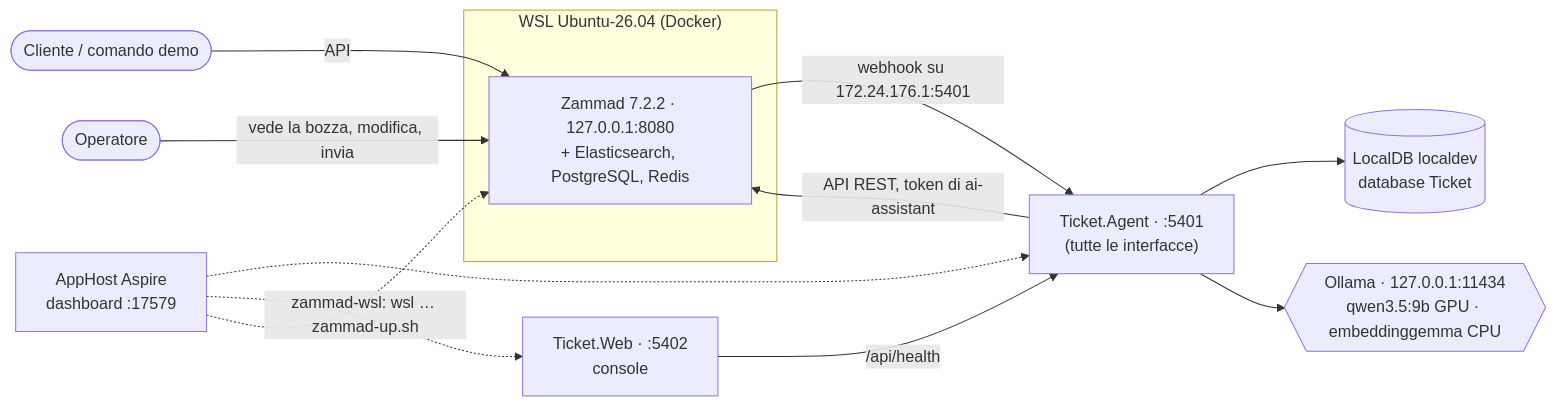
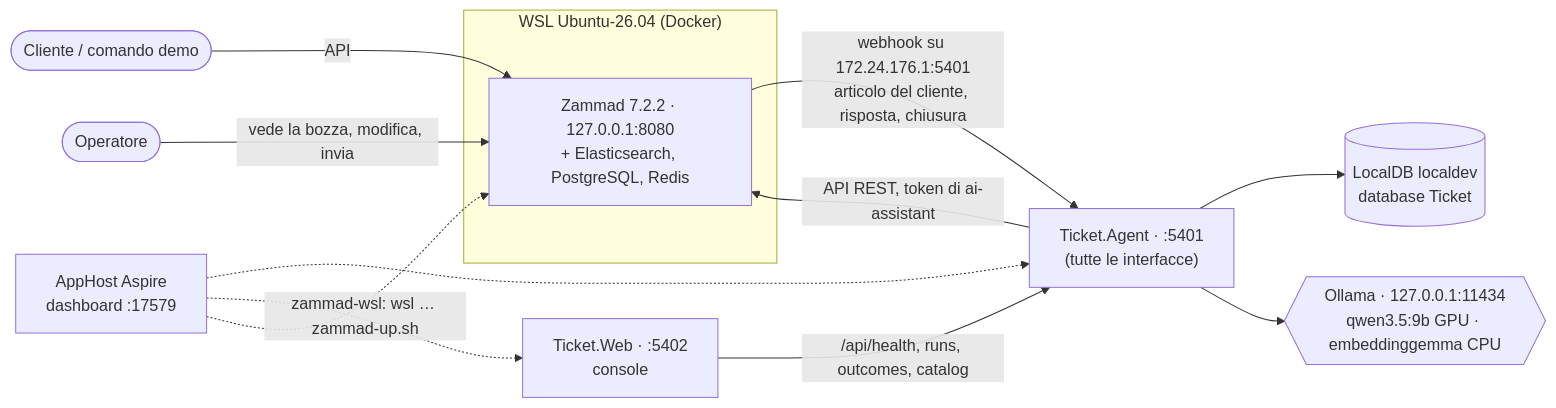
One commit to Dusi-burg/AI.POC-AssistenteTicket changed the first of 3 diagrams in docs/architettura.md. Above: the diagram before and after it, drawn with Mermaid. The commit also changed other lines of this file and 49 other files, not shown here.

````diff
--- a/docs/architettura.md
+++ b/docs/architettura.md
@@ -15,16 +14,16 @@
 ```mermaid
 flowchart LR
     C([Cliente / comando demo]) -->|API| Z
     subgraph WSL["WSL Ubuntu-26.04 (Docker)"]
         Z["Zammad 7.2.2 · 127.0.0.1:8080<br/>+ Elasticsearch, PostgreSQL, Redis"]
     end
     OP([Operatore]) -->|vede la bozza, modifica, invia| Z
-    Z -->|webhook su 172.24.176.1:5401| AG["Ticket.Agent · :5401<br/>(tutte le interfacce)"]
+    Z -->|webhook su 172.24.176.1:5401<br/>articolo del cliente, risposta, chiusura| AG["Ticket.Agent · :5401<br/>(tutte le interfacce)"]
     AG -->|API REST, token di ai-assistant| Z
     AG --> DB[("LocalDB localdev<br/>database Ticket")]
     AG --> OL{{"Ollama · 127.0.0.1:11434<br/>qwen3.5:9b GPU · embeddinggemma CPU"}}
-    W["Ticket.Web · :5402<br/>console"] -->|/api/health| AG
+    W["Ticket.Web · :5402<br/>console"] -->|/api/health, runs, outcomes, catalog| AG
     H["AppHost Aspire<br/>dashboard :17579"] -.-> AG
     H -.-> W
     H -.->|zammad-wsl: wsl … zammad-up.sh| Z
 ```
````
